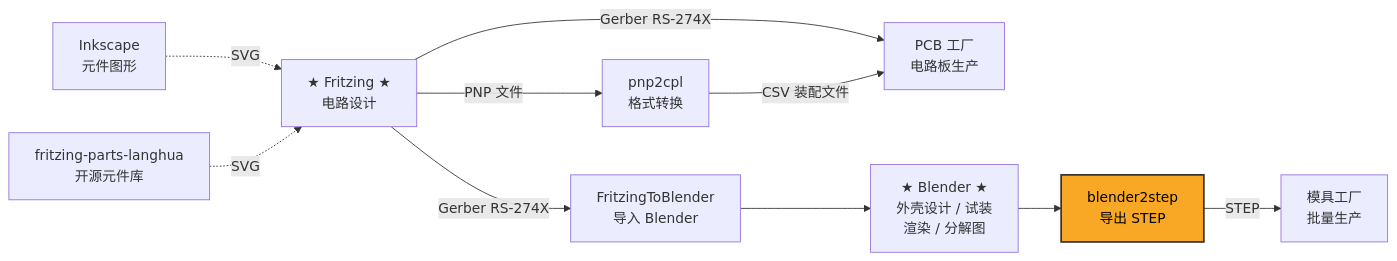
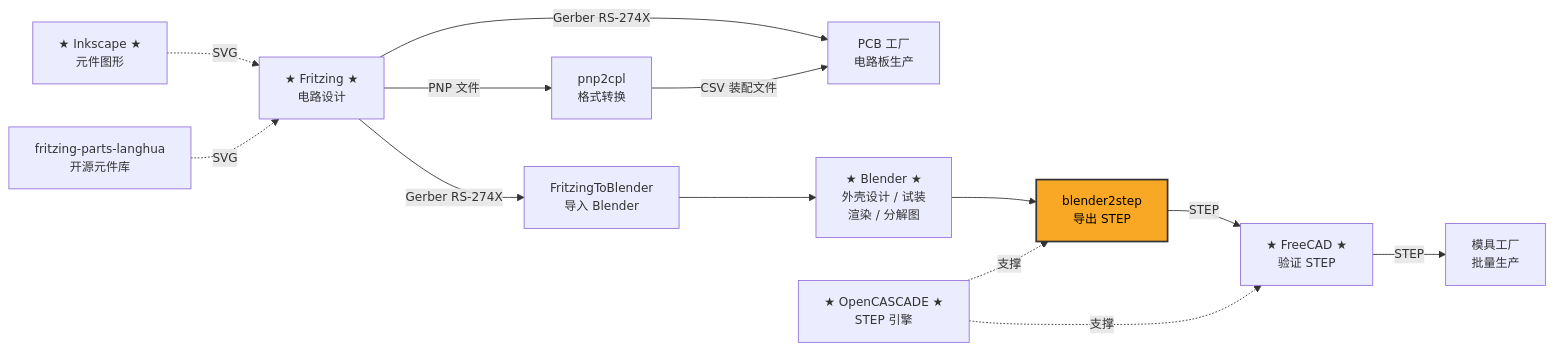
One commit to langhua/blender2step changed the diagram in README_zh.md. Above: the diagram before and after it, drawn with Mermaid. The commit also changed 2 other files, not shown here.

Commit message:
更新README

````diff
--- a/README_zh.md
+++ b/README_zh.md
@@ -14,12 +14,15 @@
 ```mermaid
+%%{init: {'themeVariables': {'fontSize': '14px'}}}%%
 flowchart LR
     A[★ Fritzing ★<br/>电路设计] -->|Gerber RS-274X| B[PCB 工厂<br/>电路板生产]
     A -->|PNP 文件| C[pnp2cpl<br/>格式转换] -->|CSV 装配文件| B
     A -->|Gerber RS-274X| D[FritzingToBlender<br/>导入 Blender] --> E[★ Blender ★<br/>外壳设计 / 试装<br/>渲染 / 分解图]
-    E --> F[blender2step<br/>导出 STEP] -->|STEP| G[模具工厂<br/>批量生产]
+    E --> F[blender2step<br/>导出 STEP] -->|STEP| K[★ FreeCAD ★<br/>验证 STEP] -->|STEP| G[模具工厂<br/>批量生产]
 
-    H[Inkscape<br/>元件图形] -.->|SVG| A
+    H[★ Inkscape ★<br/>元件图形] -.->|SVG| A
     I[fritzing-parts-langhua<br/>开源元件库] -.->|SVG| A
+    J[★ OpenCASCADE ★<br/>STEP 引擎] -.->|支撑| F
+    J -.->|支撑| K
 
-    style F fill:#f9a825,stroke:#333,stroke-width:2px,color:#000,font-size:16px
+    style F fill:#f9a825,stroke:#333,stroke-width:2px,color:#000
 ```
````
